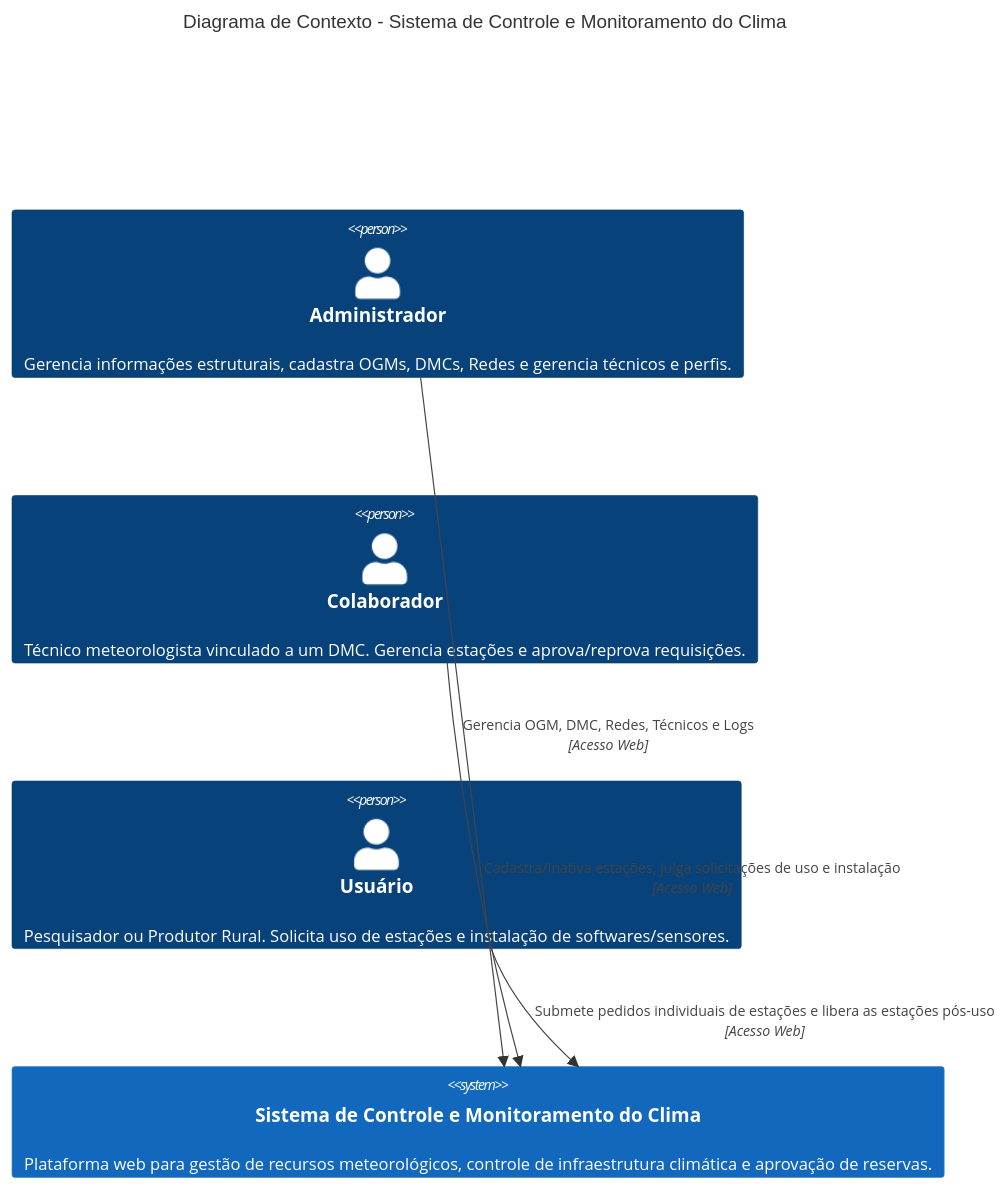
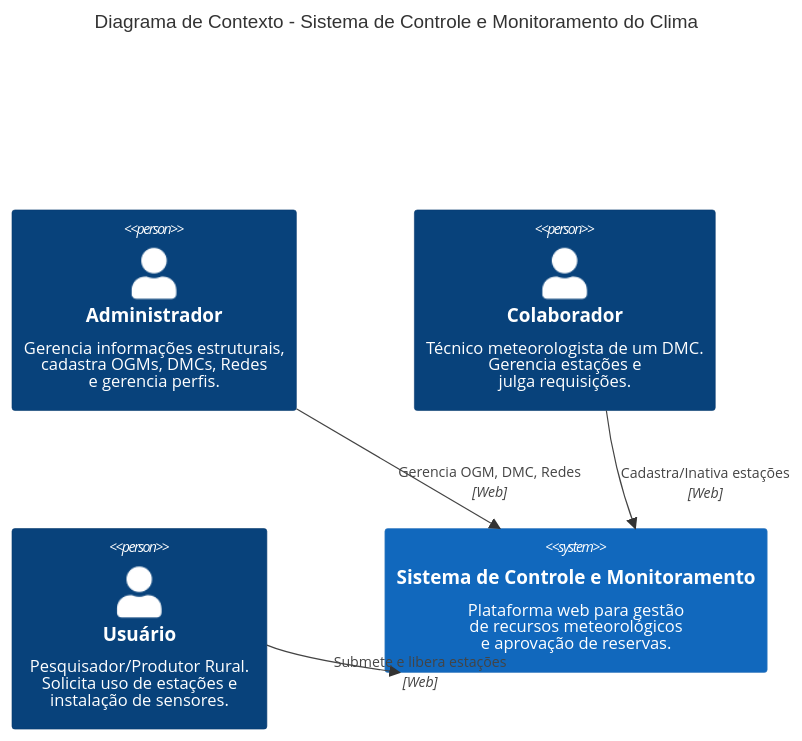
Before and after one commit to freitgab/TEDUND1BESMATT2GR1_BACK: the first of 3 diagrams in README.md, drawn with Mermaid. The commit also changed other lines of this file, not shown here.

First line of the commit message:
docs: adiciona diagramas da arquitetura C4

````diff
--- a/README.md
+++ b/README.md
@@ -5,17 +5,16 @@
 ```mermaid
 C4Context
     title Diagrama de Contexto - Sistema de Controle e Monitoramento do Clima
 
-    %% Atores
-    Person(admin, "Administrador", "Gerencia informações estruturais, cadastra OGMs, DMCs, Redes e gerencia técnicos e perfis.")
-    Person(colab, "Colaborador", "Técnico meteorologista vinculado a um DMC. Gerencia estações e aprova/reprova requisições.")
-    Person(usuario, "Usuário", "Pesquisador ou Produtor Rural. Solicita uso de estações e instalação de softwares/sensores.")
+    UpdateLayoutConfig($c4ShapeInRow="2", $c4BoundaryInRow="1")
 
-    %% Sistema Principal
-    System(sistema_clima, "Sistema de Controle e Monitoramento do Clima", "Plataforma web para gestão de recursos meteorológicos, controle de infraestrutura climática e aprovação de reservas.")
+    Person(admin, "Administrador", "Gerencia informações estruturais,<br>cadastra OGMs, DMCs, Redes<br>e gerencia perfis.")
+    Person(colab, "Colaborador", "Técnico meteorologista de um DMC.<br>Gerencia estações e<br>julga requisições.")
+    Person(usuario, "Usuário", "Pesquisador/Produtor Rural.<br>Solicita uso de estações e<br>instalação de sensores.")
 
-    %% Relacionamentos
-    Rel(admin, sistema_clima, "Gerencia OGM, DMC, Redes, Técnicos e Logs", "Acesso Web")
-    Rel(colab, sistema_clima, "Cadastra/Inativa estações, julga solicitações de uso e instalação", "Acesso Web")
-    Rel(usuario, sistema_clima, "Submete pedidos individuais de estações e libera as estações pós-uso", "Acesso Web")
+    System(sistema_clima, "Sistema de Controle e Monitoramento", "Plataforma web para gestão<br>de recursos meteorológicos<br>e aprovação de reservas.")
+
+    Rel(admin, sistema_clima, "Gerencia OGM, DMC, Redes", "Web")
+    Rel(colab, sistema_clima, "Cadastra/Inativa estações", "Web")
+    Rel(usuario, sistema_clima, "Submete e libera estações", "Web")
 ```
````
